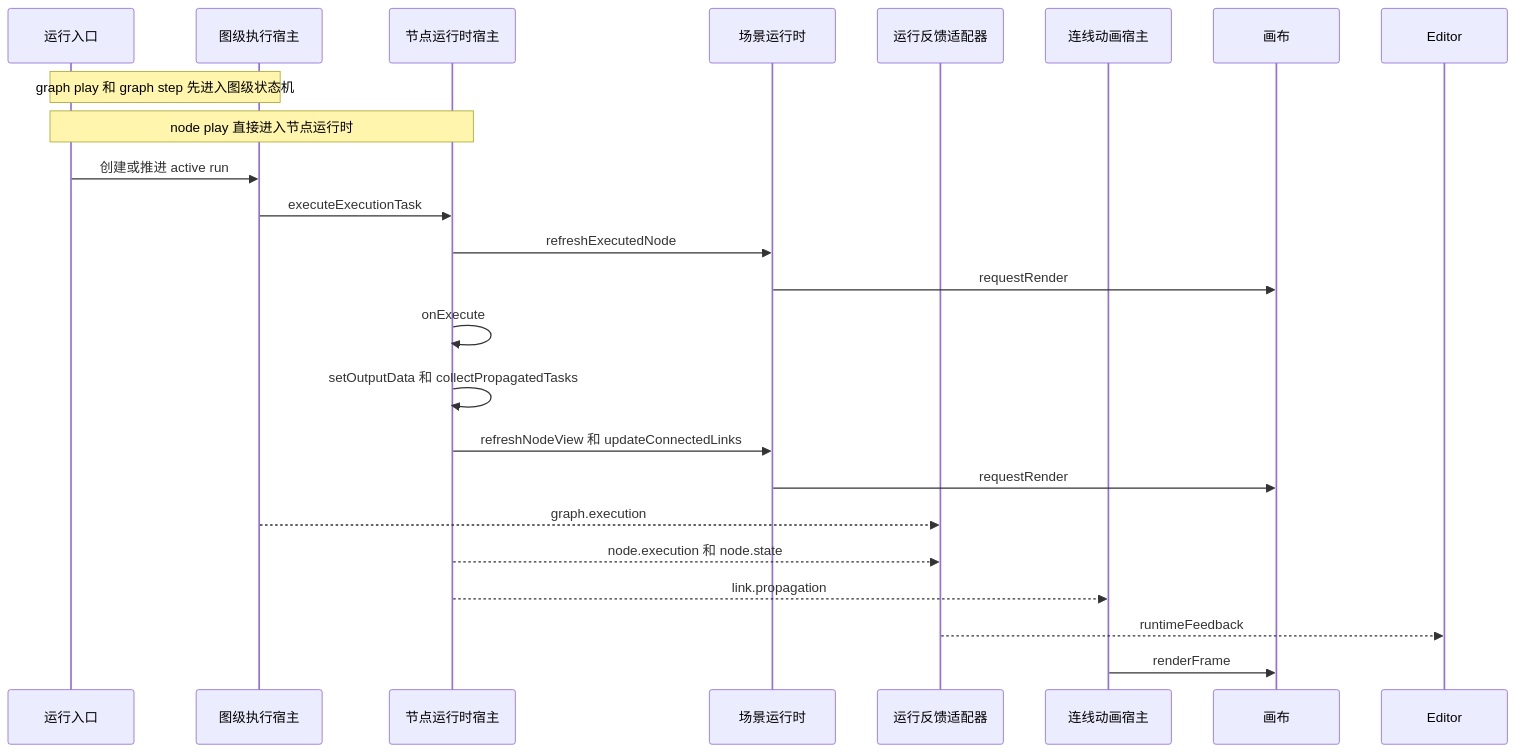
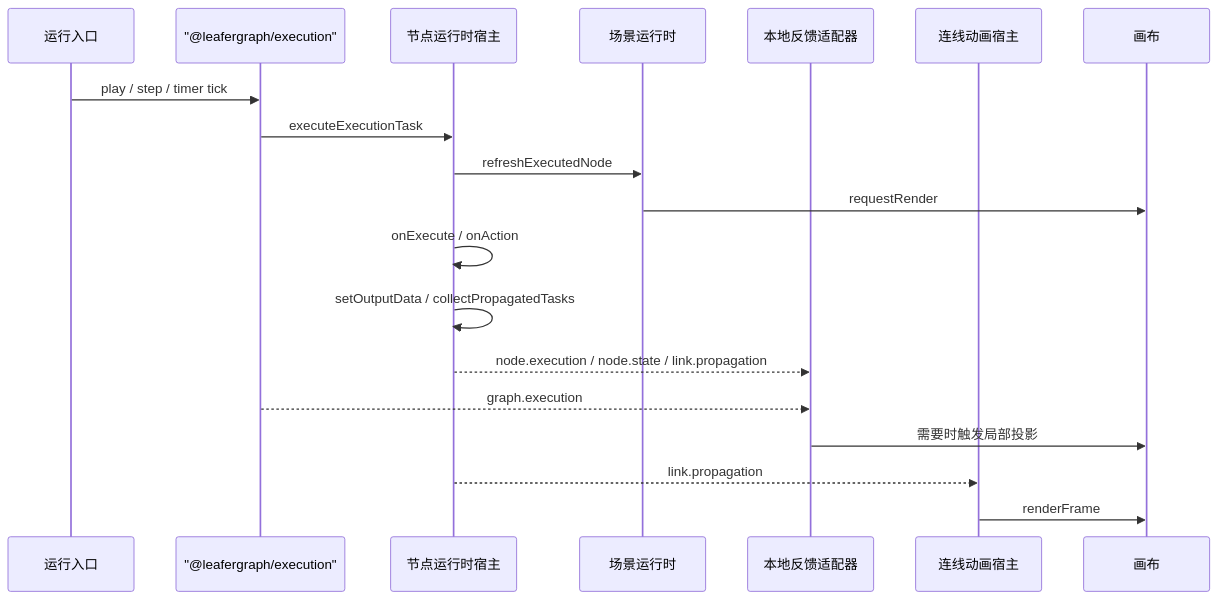
The diagram in packages/leafergraph/渲染刷新策略.md (izumkineno/leafergraph), drawn with Mermaid before and after one commit. The commit also changed other lines of this file and 31 other files, not shown here.

````diff
--- a/packages/leafergraph/渲染刷新策略.md
+++ b/packages/leafergraph/渲染刷新策略.md
@@ -335,27 +201,22 @@
 ```mermaid
 sequenceDiagram
     participant Trigger as 运行入口
-    participant GraphExec as 图级执行宿主
+    participant GraphExec as "@leafergraph/execution"
     participant NodeExec as 节点运行时宿主
     participant Scene as 场景运行时
-    participant Adapter as 运行反馈适配器
+    participant Adapter as 本地反馈适配器
     participant FlowFx as 连线动画宿主
     participant Canvas as 画布
-    participant Editor as Editor
 
-    Note over Trigger,GraphExec: graph play 和 graph step 先进入图级状态机
-    Note over Trigger,NodeExec: node play 直接进入节点运行时
-    Trigger->>GraphExec: 创建或推进 active run
+    Trigger->>GraphExec: play / step / timer tick
     GraphExec->>NodeExec: executeExecutionTask
     NodeExec->>Scene: refreshExecutedNode
     Scene->>Canvas: requestRender
-    NodeExec->>NodeExec: onExecute
-    NodeExec->>NodeExec: setOutputData 和 collectPropagatedTasks
-    NodeExec->>Scene: refreshNodeView 和 updateConnectedLinks
-    Scene->>Canvas: requestRender
+    NodeExec->>NodeExec: onExecute / onAction
+    NodeExec->>NodeExec: setOutputData / collectPropagatedTasks
+    NodeExec-->>Adapter: node.execution / node.state / link.propagation
     GraphExec-->>Adapter: graph.execution
-    NodeExec-->>Adapter: node.execution 和 node.state
+    Adapter->>Canvas: 需要时触发局部投影
     NodeExec-->>FlowFx: link.propagation
-    Adapter-->>Editor: runtimeFeedback
     FlowFx->>Canvas: renderFrame
 ```
````
